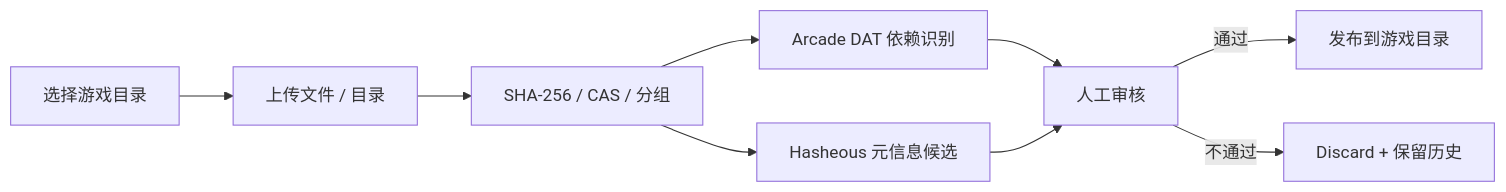
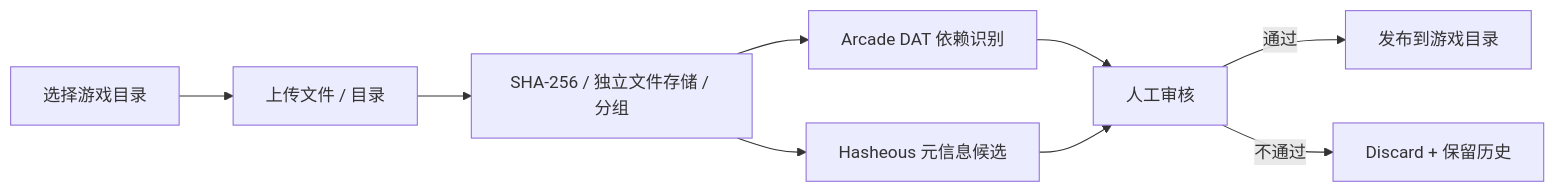
Before and after one commit to retrom-project/retrom: the fourth of 4 diagrams in docs/retrom-product-architecture.md, drawn with Mermaid. The commit also changed other lines of this file and 729 other files, not shown here.

```diff
--- a/docs/retrom-product-architecture.md
+++ b/docs/retrom-product-architecture.md
@@ -394,11 +394,11 @@
 ~~~mermaid
 flowchart LR
     A["选择游戏目录"] --> B["上传文件 / 目录"]
-    B --> C["SHA-256 / CAS / 分组"]
+    B --> C["SHA-256 / 独立文件存储 / 分组"]
     C --> D["Arcade DAT 依赖识别"]
     C --> E["Hasheous 元信息候选"]
     D --> F["人工审核"]
     E --> F
     F -->|通过| G["发布到游戏目录"]
     F -->|不通过| H["Discard + 保留历史"]
 ~~~
```
